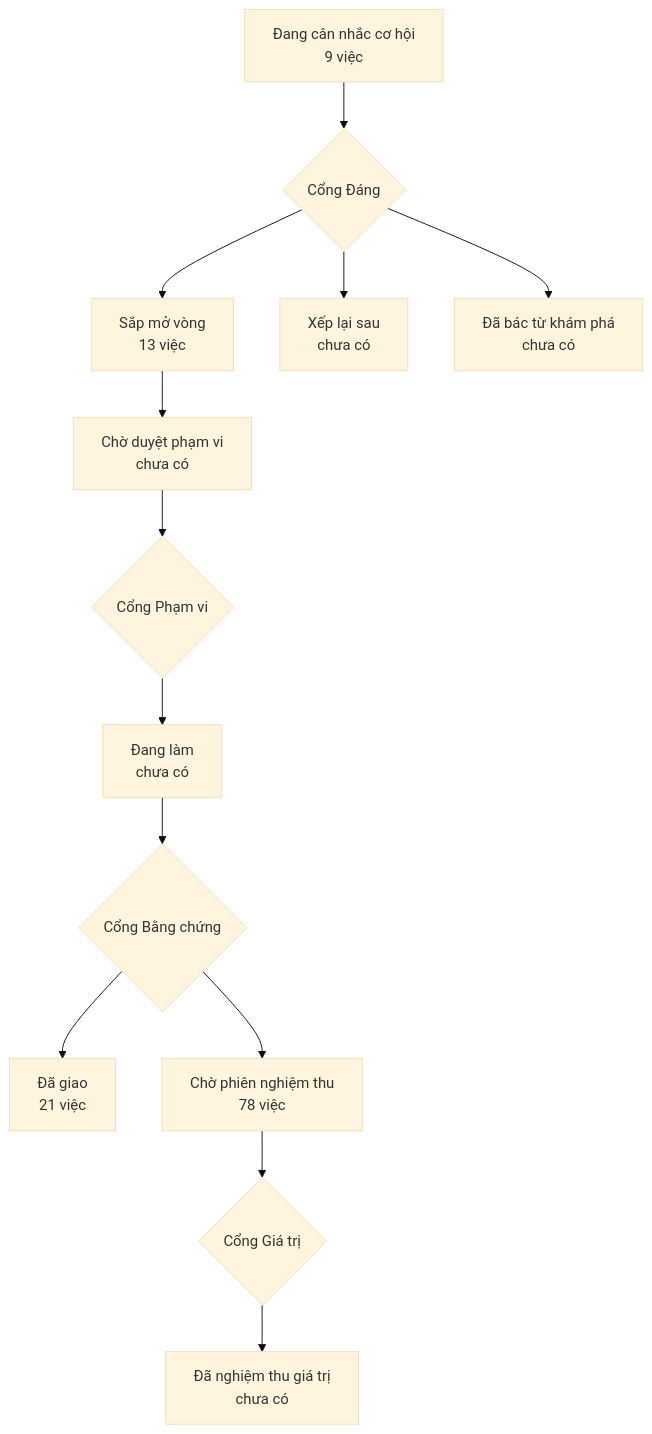
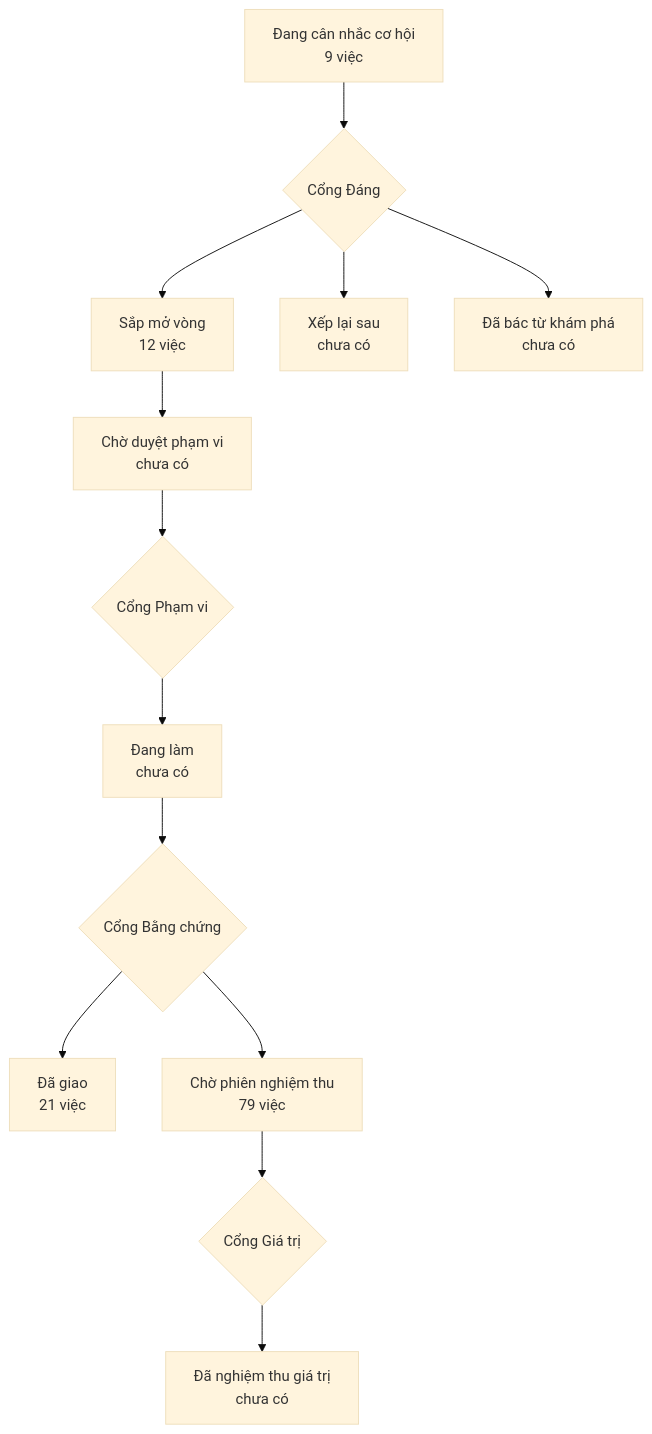
One commit to phanlemanh/onehub-quy-hang changed the diagram in PRODUCT-MAP.md. Above: the diagram before and after it, drawn with Mermaid (base theme). The commit also changed 1 other file, not shown here.

Commit message:
chore(map): vẽ lại bản đồ sản phẩm và lộ trình sau gộp main

````diff
--- a/PRODUCT-MAP.md
+++ b/PRODUCT-MAP.md
@@ -7,12 +7,12 @@
 ```mermaid
 flowchart TD
   A["Đang cân nhắc cơ hội<br/>9 việc"] --> GD{"Cổng Đáng"}
-  GD --> B["Sắp mở vòng<br/>13 việc"]
+  GD --> B["Sắp mở vòng<br/>12 việc"]
   GD --> XL["Xếp lại sau<br/>chưa có"]
   GD --> DB["Đã bác từ khám phá<br/>chưa có"]
   B --> CD["Chờ duyệt phạm vi<br/>chưa có"] --> GP{"Cổng Phạm vi"}
   GP --> DL["Đang làm<br/>chưa có"] --> GB{"Cổng Bằng chứng"}
   GB --> DG["Đã giao<br/>21 việc"]
-  GB --> CN["Chờ phiên nghiệm thu<br/>78 việc"] --> GG{"Cổng Giá trị"}
+  GB --> CN["Chờ phiên nghiệm thu<br/>79 việc"] --> GG{"Cổng Giá trị"}
   GG --> NT["Đã nghiệm thu giá trị<br/>chưa có"]
 ```
````
